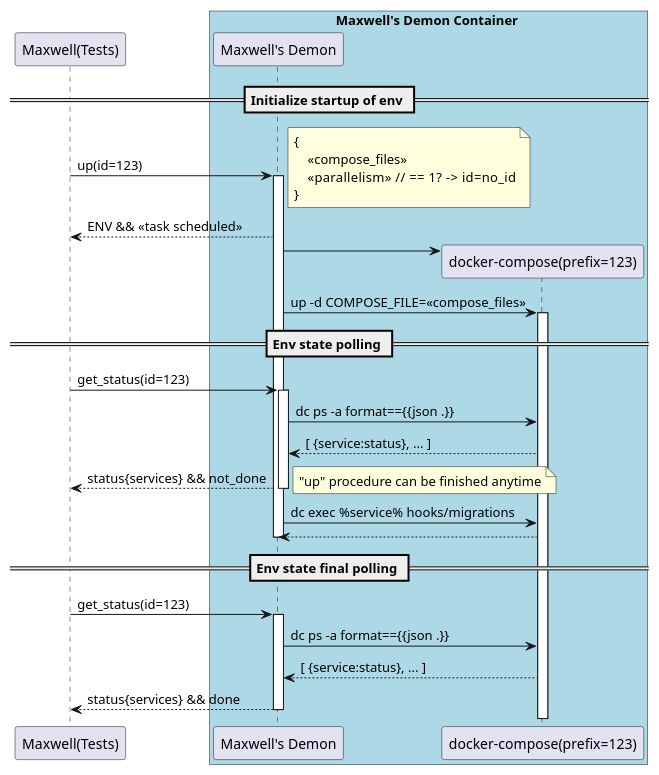
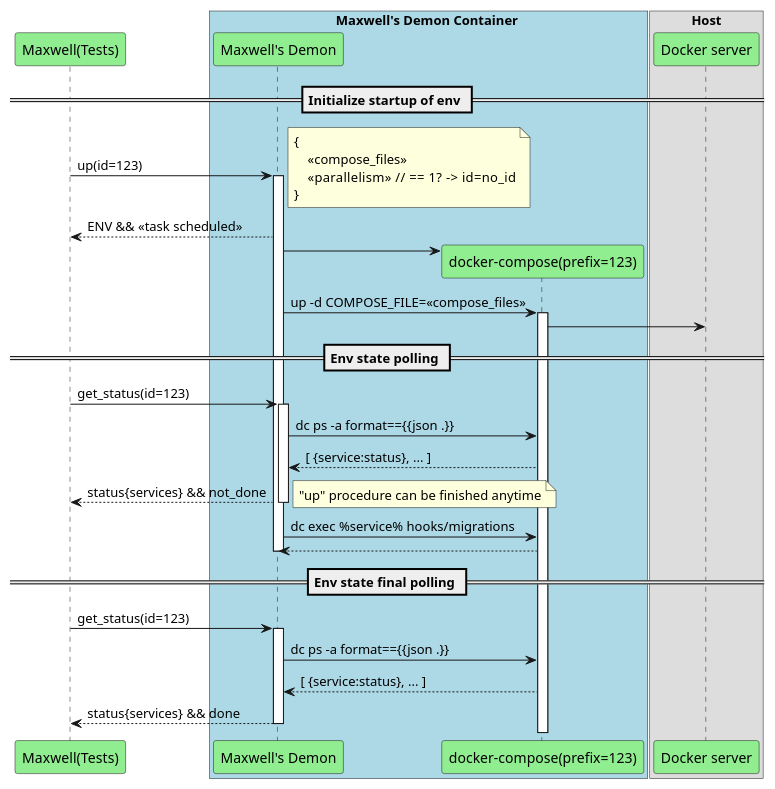
One commit to ko10ok/maxwelld changed the diagram in ARCH.puml. Above: the diagram before and after it, drawn with PlantUML.

Commit message:
fill participants

```diff
--- a/ARCH.puml
+++ b/ARCH.puml
@@ -1,55 +1,62 @@
 @startuml
-participant "Maxwell(Tests)"
+participant "Maxwell(Tests)" #lightgreen
 
 
 box Maxwell's Demon Container #lightblue
-participant "Maxwell's Demon"
-
+participant "Maxwell's Demon" #lightgreen
 
 == Initialize startup of env ==
 
 "Maxwell(Tests)" -> "Maxwell's Demon" : up(id=123)
 note right
 {
     << compose_files >>
     << parallelism >> //  == 1?  ->  id=no_id
 }
 end note
 activate "Maxwell's Demon"
 "Maxwell(Tests)" <-- "Maxwell's Demon" : ENV && << task scheduled >>
 
-"Maxwell's Demon" -> "docker-compose(prefix=123)" ** :
+
+participant "docker-compose(prefix=123)" #lightgreen
+"Maxwell's Demon" -> "docker-compose(prefix=123)" **:
+
 "Maxwell's Demon" -> "docker-compose(prefix=123)": up -d COMPOSE_FILE=<< compose_files >>
 activate "docker-compose(prefix=123)"
 
+box Host
+participant "Docker server" #lightgreen
+end box
+
+"docker-compose(prefix=123)" -> "Docker server"
 
 == Env state polling ==
 
 "Maxwell(Tests)" -> "Maxwell's Demon" : get_status(id=123)
 activate "Maxwell's Demon"
 
 "Maxwell's Demon" -> "docker-compose(prefix=123)" : dc ps -a format=={{json .}}
 "Maxwell's Demon" <-- "docker-compose(prefix=123)" : [ {service:status}, ... ]
 
 return status{services} && not_done
 
 note right
 "up" procedure can be finished anytime
 end note
 
 
 "Maxwell's Demon" -> "docker-compose(prefix=123)": dc exec %service% hooks/migrations
 
 "Maxwell's Demon" <-- "docker-compose(prefix=123)"
 deactivate "Maxwell's Demon"
 
 == Env state final polling ==
 
 "Maxwell(Tests)" -> "Maxwell's Demon" : get_status(id=123)
 activate "Maxwell's Demon"
 
 "Maxwell's Demon" -> "docker-compose(prefix=123)" : dc ps -a format=={{json .}}
 "Maxwell's Demon" <-- "docker-compose(prefix=123)" : [ {service:status}, ... ]
 
 return status{services} && done
 @enduml
```
